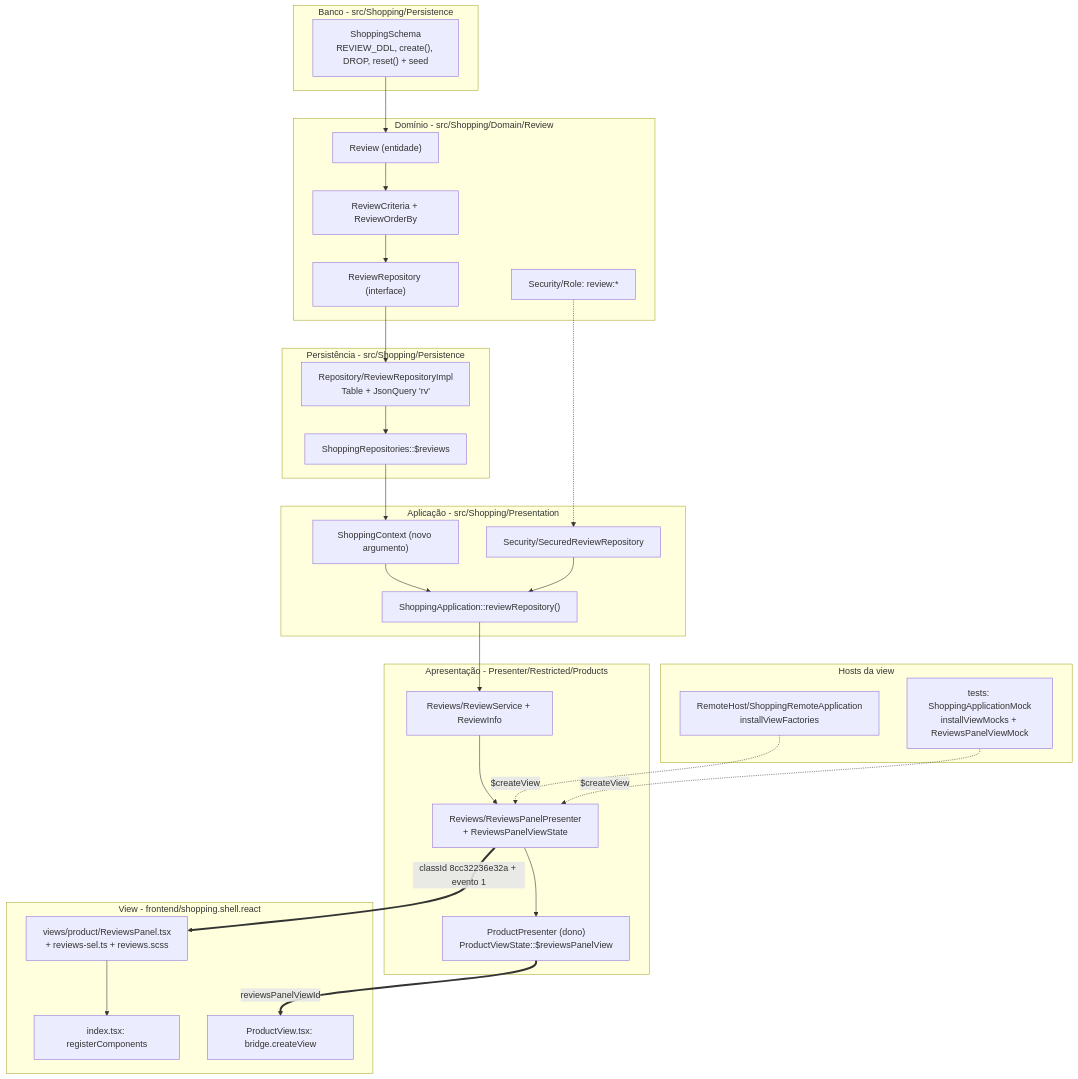
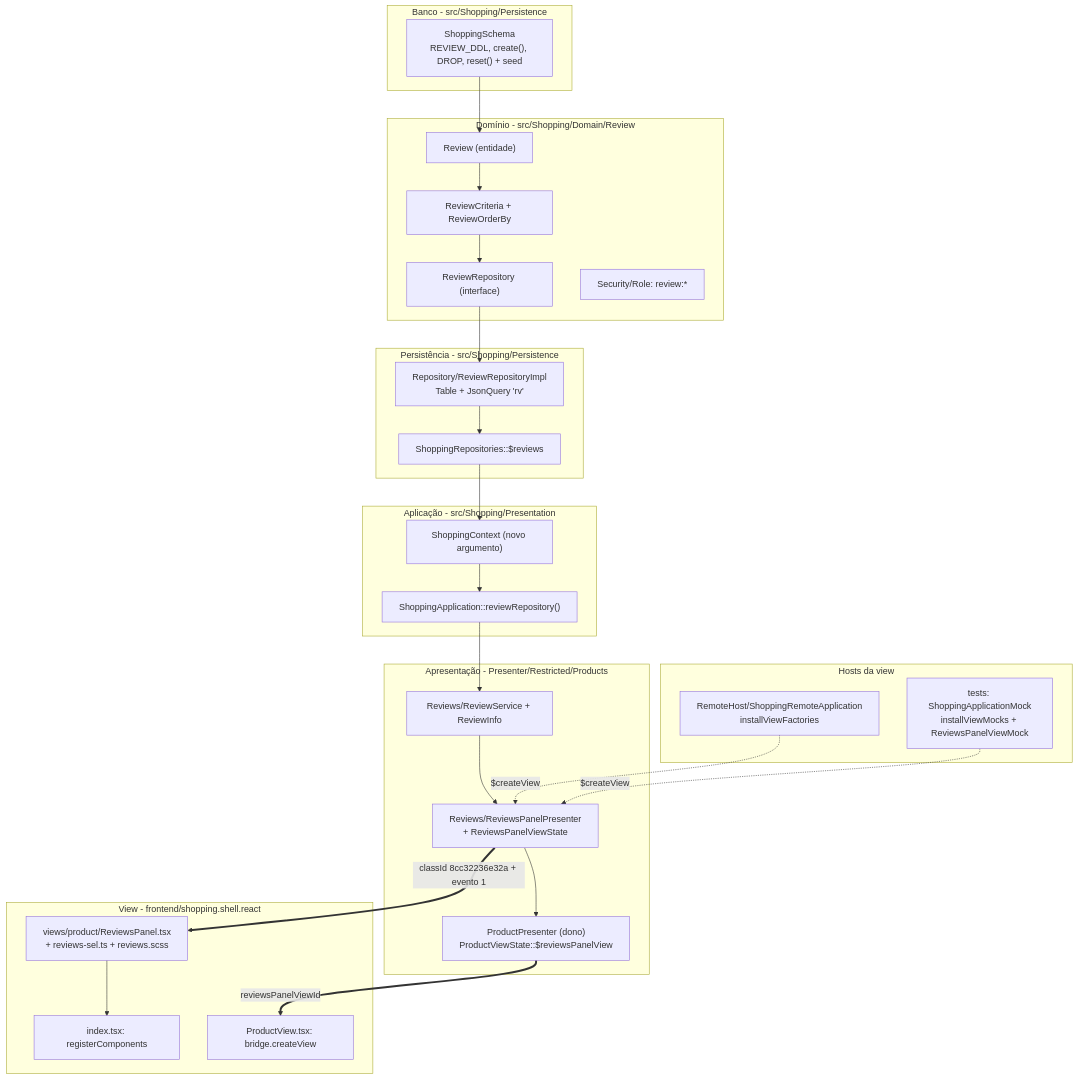
Before and after one commit to mrcdom/wdc-cube-php: the first of 2 diagrams in docs/dev/criar-funcionalidade.md, drawn with Mermaid. The commit also changed other lines of this file and 18 other files, not shown here.

````diff
--- a/docs/dev/criar-funcionalidade.md
+++ b/docs/dev/criar-funcionalidade.md
@@ -83,45 +83,42 @@
 ```mermaid
 flowchart TB
   subgraph db["Banco - src/Shopping/Persistence"]
     SCH["ShoppingSchema<br/>REVIEW_DDL, create(), DROP, reset() + seed"]
   end
   subgraph dom["Domínio - src/Shopping/Domain/Review"]
     ENT["Review (entidade)"]
     CRI["ReviewCriteria + ReviewOrderBy"]
     REP["ReviewRepository (interface)"]
     ROLE["Security/Role: review:*"]
   end
   subgraph per["Persistência - src/Shopping/Persistence"]
     IMP["Repository/ReviewRepositoryImpl<br/>Table + JsonQuery 'rv'"]
     AGG["ShoppingRepositories::$reviews"]
   end
   subgraph app["Aplicação - src/Shopping/Presentation"]
-    SEC["Security/SecuredReviewRepository"]
     CTX["ShoppingContext (novo argumento)"]
     SAPP["ShoppingApplication::reviewRepository()"]
   end
   subgraph pres["Apresentação - Presenter/Restricted/Products"]
     SVC["Reviews/ReviewService + ReviewInfo"]
     PRES["Reviews/ReviewsPanelPresenter<br/>+ ReviewsPanelViewState"]
     OWN["ProductPresenter (dono)<br/>ProductViewState::$reviewsPanelView"]
   end
   subgraph host["Hosts da view"]
     RH["RemoteHost/ShoppingRemoteApplication<br/>installViewFactories"]
     MK["tests: ShoppingApplicationMock<br/>installViewMocks + ReviewsPanelViewMock"]
   end
   subgraph view["View - frontend/shopping.shell.react"]
     RV["views/product/ReviewsPanel.tsx<br/>+ reviews-sel.ts + reviews.scss"]
     IDX["index.tsx: registerComponents"]
     PV["ProductView.tsx: bridge.createView"]
   end
 
   SCH --> ENT --> CRI --> REP --> IMP --> AGG --> CTX --> SAPP
-  SEC --> SAPP
   SAPP --> SVC --> PRES --> OWN
-  ROLE -.-> SEC
   RH -. "$createView" .-> PRES
   MK -. "$createView" .-> PRES
   PRES == "classId 8cc32236e32a + evento 1" ==> RV
   OWN == "reviewsPanelViewId" ==> PV
   RV --> IDX
 ```
````
